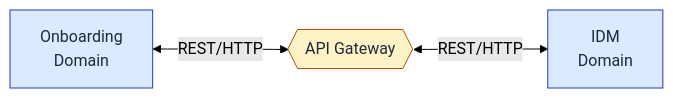
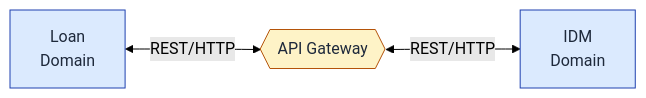
Before and after one commit to burgan-tech/vnext-docs: the third of 6 diagrams in i18n/en/docusaurus-plugin-content-docs-architecture/current/domain-model/topology.md, drawn with Mermaid (forest theme). The commit also changed other lines of this file and 21 other files, not shown here.

````diff
--- a/i18n/en/docusaurus-plugin-content-docs-architecture/current/domain-model/topology.md
+++ b/i18n/en/docusaurus-plugin-content-docs-architecture/current/domain-model/topology.md
@@ -106,8 +106,8 @@
 ```mermaid
 flowchart LR
-  OB["Onboarding<br/>Domain"] <-->|REST/HTTP| GW{{"API Gateway"}} <-->|REST/HTTP| IDM["IDM<br/>Domain"]
+  OB["Loan<br/>Domain"] <-->|REST/HTTP| GW{{"API Gateway"}} <-->|REST/HTTP| IDM["IDM<br/>Domain"]
 
   style OB fill:#dbeafe,stroke:#1e40af,color:#1e293b
   style GW fill:#fef3c7,stroke:#b45309,color:#1e293b
   style IDM fill:#dbeafe,stroke:#1e40af,color:#1e293b
 ```
````
